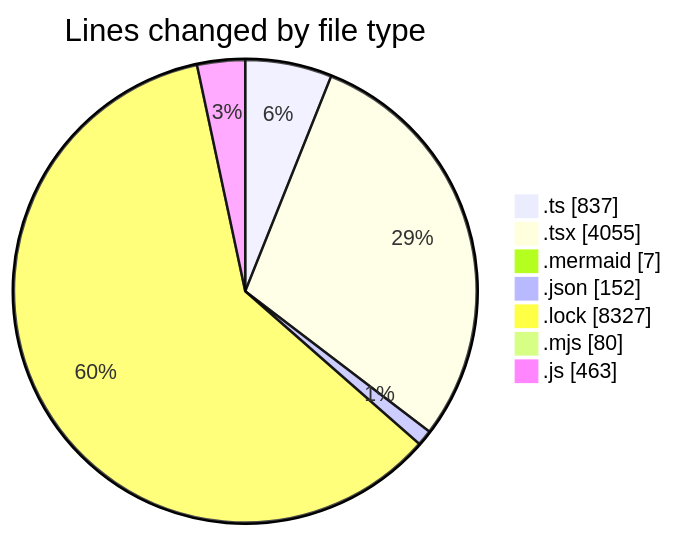
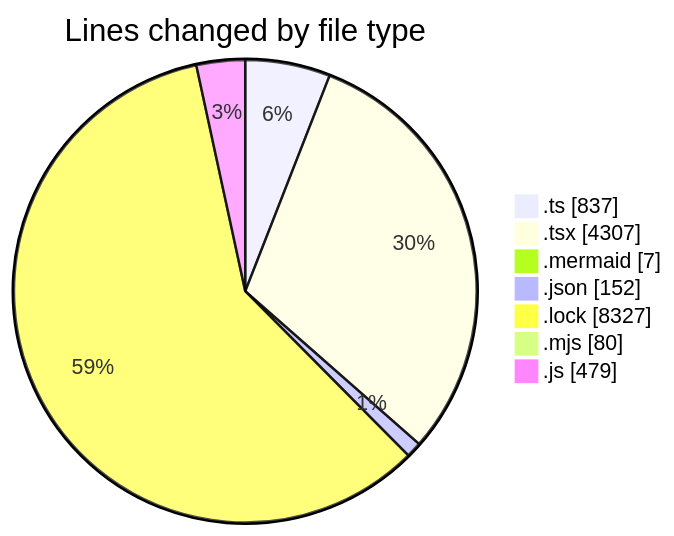
The first of 2 diagrams in 2026-09-08/cda/README.md (momahboobian/code-tracking), drawn with Mermaid before and after one commit. The commit also changed other lines of this file and 1 other file, not shown here.

````diff
--- a/2026-09-08/cda/README.md
+++ b/2026-09-08/cda/README.md
@@ -49,11 +50,11 @@
 ```mermaid
 pie showData
 title Lines changed by file type
 ".ts" : 837
-".tsx" : 4055
+".tsx" : 4307
 ".mermaid" : 7
 ".json" : 152
 ".lock" : 8327
 ".mjs" : 80
-".js" : 463
+".js" : 479
 ```
````
